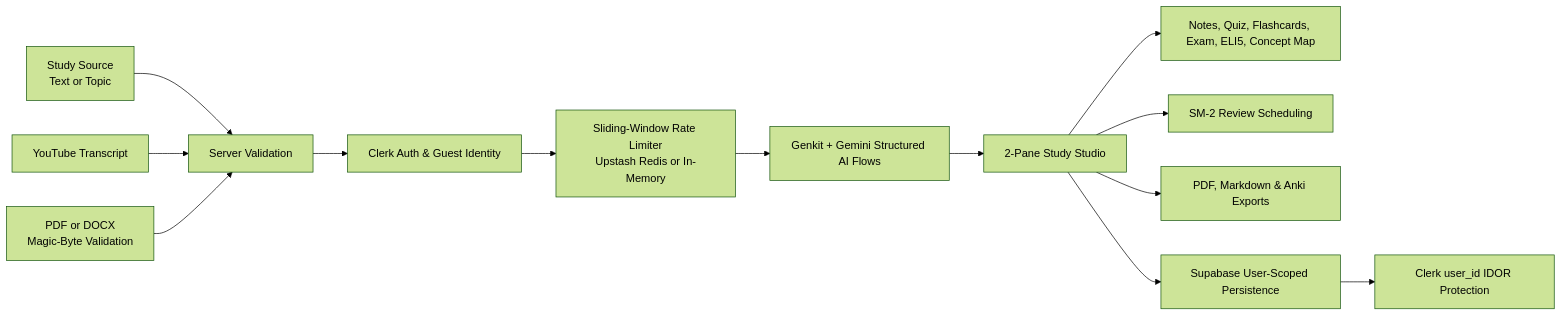
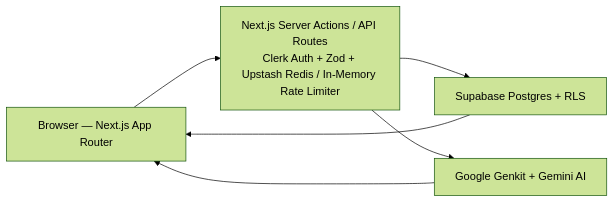
Before and after one commit to Chandantbh/Scripto: the diagram in README.md, drawn with Mermaid (forest theme). The commit also changed other lines of this file and 1 other file, not shown here.

Commit message:
Update README architecture, env docs, and CI workflow badge

````diff
--- a/README.md
+++ b/README.md
@@ -85,15 +85,12 @@
 ```mermaid
 flowchart LR
-    A[Study Source<br/>Text or Topic] --> V[Server Validation]
-    B[YouTube Transcript] --> V
-    C[PDF or DOCX<br/>Magic-Byte Validation] --> V
-    V --> D[Clerk Auth & Guest Identity]
-    D --> E[Sliding-Window Rate Limiter<br/>Upstash Redis or In-Memory]
-    E --> F[Genkit + Gemini Structured AI Flows]
-    F --> G[2-Pane Study Studio]
-    G --> H[Notes, Quiz, Flashcards, Exam, ELI5, Concept Map]
-    G --> I[SM-2 Review Scheduling]
-    G --> J[PDF, Markdown & Anki Exports]
-    G --> K[Supabase User-Scoped Persistence]
-    K --> L[Clerk user_id IDOR Protection]
+    Browser[Browser — Next.js App Router]
+    Server[Next.js Server Actions / API Routes<br/>Clerk Auth + Zod + Upstash Redis / In-Memory Rate Limiter]
+    Supabase[Supabase Postgres + RLS]
+    Gemini[Google Genkit + Gemini AI]
+    Browser --> Server
+    Server --> Supabase
+    Server --> Gemini
+    Supabase --> Browser
+    Gemini --> Browser
 ```
````
